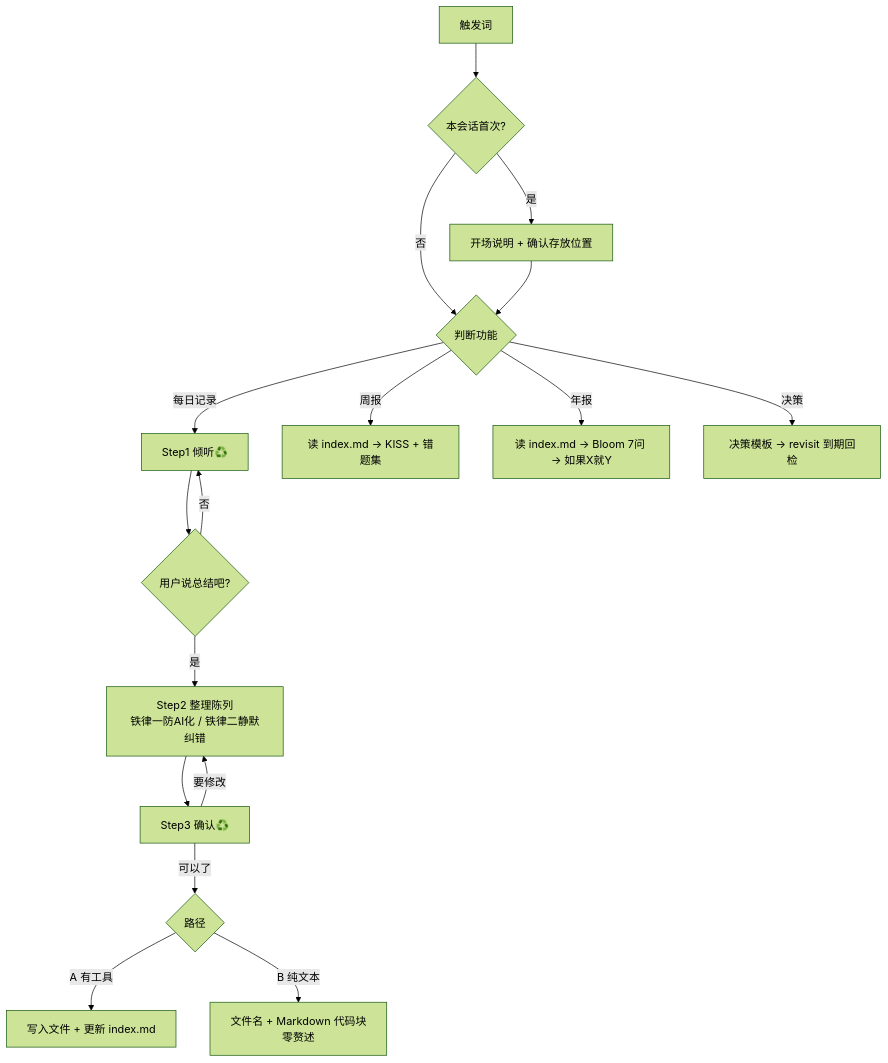
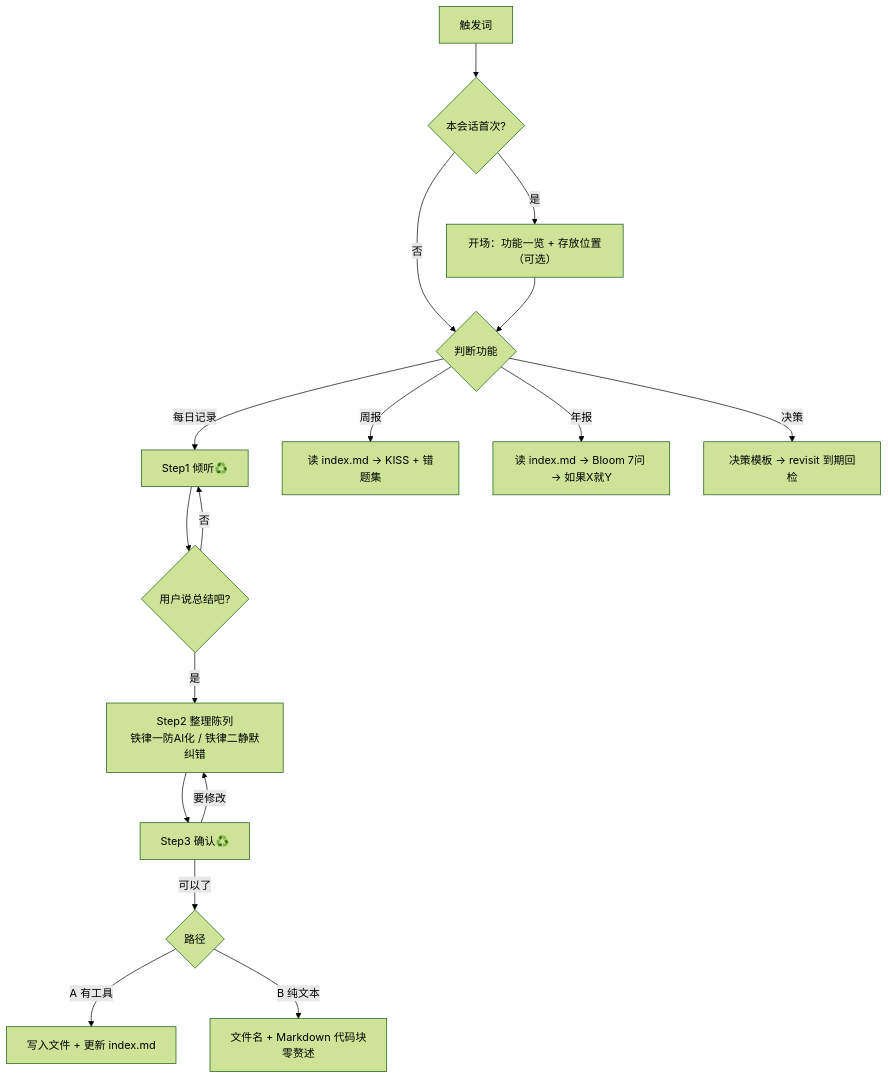
One commit to liaojianquan9-source/LJQ-growth-journal changed the diagram in README.md. Above: the diagram before and after it, drawn with Mermaid (forest theme). The commit also changed other lines of this file and 2 other files, not shown here.

Commit message:
开场白重写：功能一览(日报默认+周报/年报/决策日志)+存放位置改为可选，后续会话亮出已记住位置

````diff
--- a/README.md
+++ b/README.md
@@ -200,19 +200,19 @@
 ```mermaid
 flowchart TD
     A[触发词] --> B{本会话首次?}
-    B -- 是 --> C[开场说明 + 确认存放位置]
+    B -- 是 --> C[开场：功能一览 + 存放位置（可选）]
     B -- 否 --> D{判断功能}
     C --> D
     D -- 每日记录 --> E[Step1 倾听♻️]
     E --> F{用户说总结吧?}
     F -- 否 --> E
     F -- 是 --> G[Step2 整理陈列<br>铁律一防AI化 / 铁律二静默纠错]
     G --> H[Step3 确认♻️]
     H -- 要修改 --> G
     H -- 可以了 --> I{路径}
     I -- A 有工具 --> J[写入文件 + 更新 index.md]
     I -- B 纯文本 --> L[文件名 + Markdown 代码块<br>零赘述]
     D -- 周报 --> M[读 index.md → KISS + 错题集]
     D -- 年报 --> N[读 index.md → Bloom 7问 → 如果X就Y]
     D -- 决策 --> O[决策模板 → revisit 到期回检]
 ```
````
